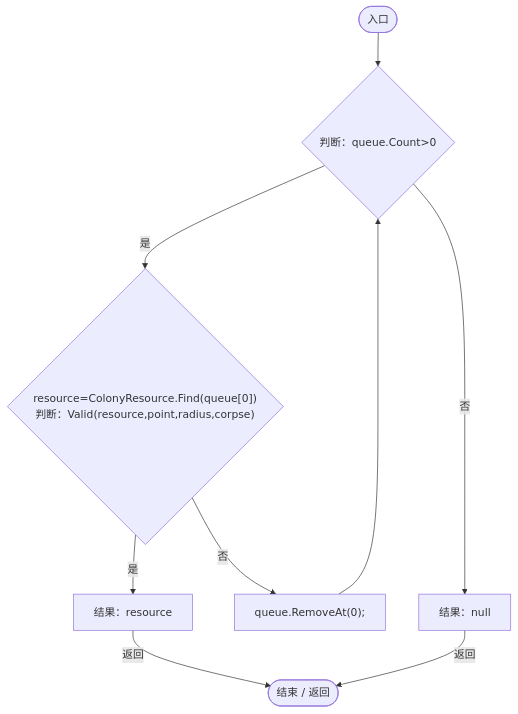
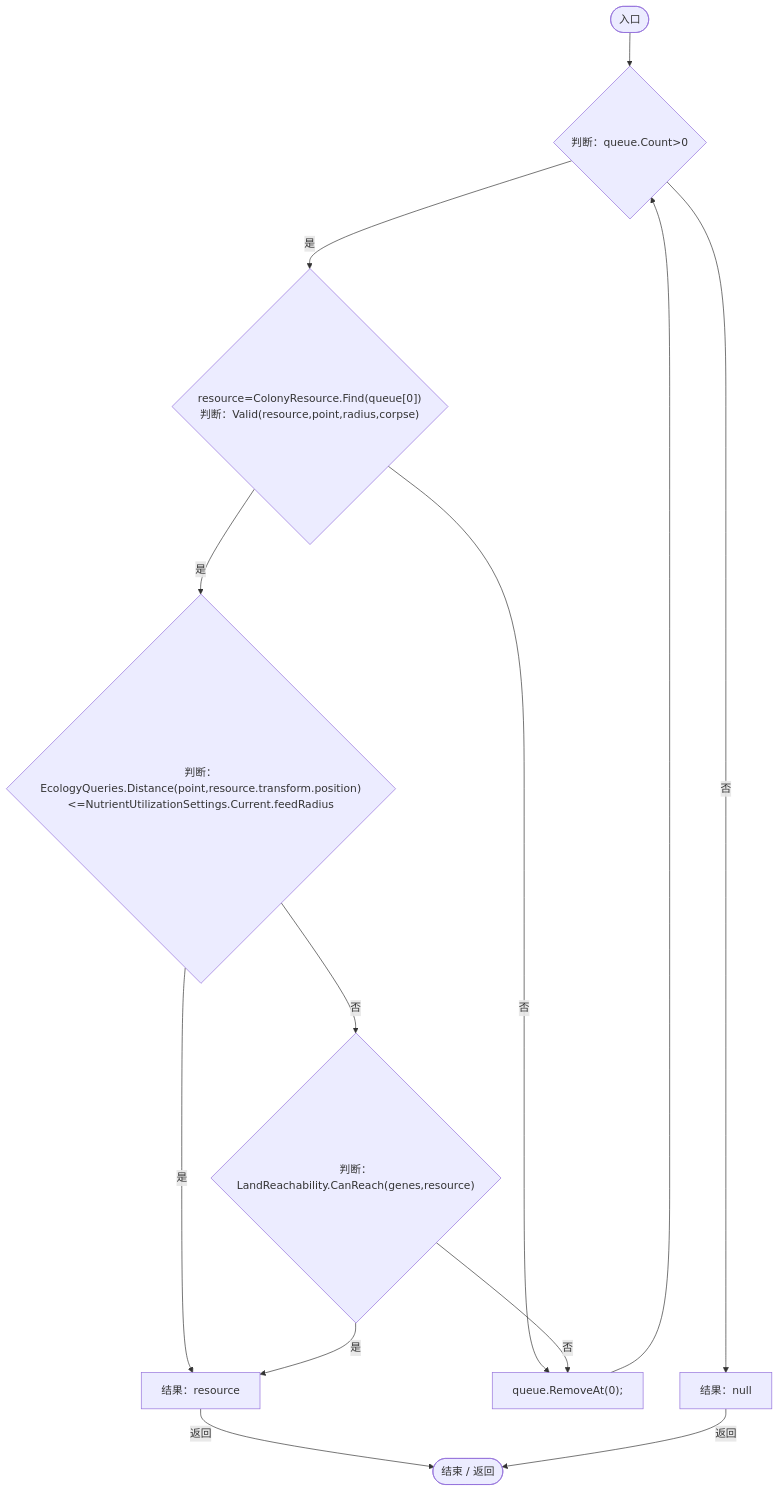
Before and after one commit to xhs6666/Darwin_paradise: the eighth of 23 diagrams in Docs/运行流程图/脚本/569e8e31d0634370.md, drawn with Mermaid. The commit also changed other lines of this file and 229 other files, not shown here.

````diff
--- a/Docs/运行流程图/脚本/569e8e31d0634370.md
+++ b/Docs/运行流程图/脚本/569e8e31d0634370.md
@@ -238,19 +238,25 @@
 ```mermaid
 flowchart TD
   b0(["入口"])
   b1{"判断：queue.Count&gt;0"}
   b2{"resource=ColonyResource.Find(queue[0])<br/>判断：Valid(resource,point,radius,corpse)"}
-  b3["结果：resource"]
-  b4["queue.RemoveAt(0);"]
-  b5["结果：null"]
-  b6(["结束 / 返回"])
+  b3{"判断：EcologyQueries.Distance(point,resource.transform.position)&lt;=NutrientUtilizationSettings.Current.feedRadius"}
+  b4{"判断：LandReachability.CanReach(genes,resource)"}
+  b5["结果：resource"]
+  b6["queue.RemoveAt(0);"]
+  b7["结果：null"]
+  b8(["结束 / 返回"])
   b0 --> b1
   b1 -->|"是"| b2
-  b1 -->|"否"| b5
+  b1 -->|"否"| b7
   b2 -->|"是"| b3
-  b2 -->|"否"| b4
-  b3 -->|"返回"| b6
-  b4 --> b1
-  b5 -->|"返回"| b6
+  b2 -->|"否"| b6
+  b3 -->|"否"| b4
+  b3 -->|"是"| b5
+  b4 -->|"是"| b5
+  b4 -->|"否"| b6
+  b5 -->|"返回"| b8
+  b6 --> b1
+  b7 -->|"返回"| b8
 
 ```
````
